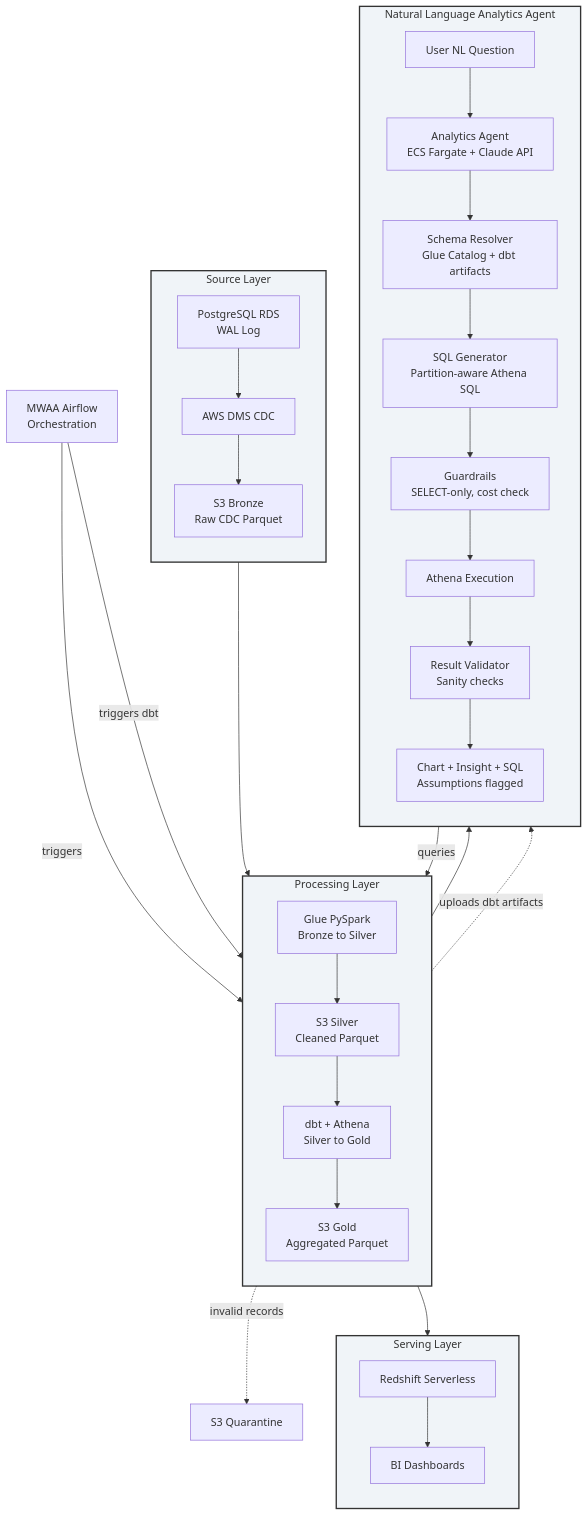
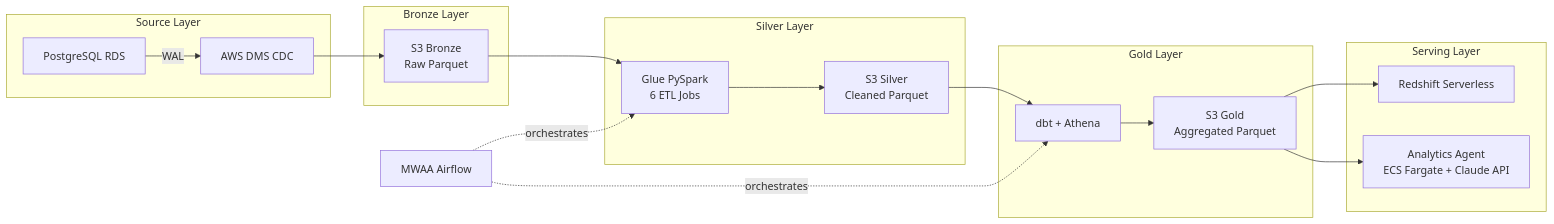
One commit to ChuquEmeka/ChuquEmeka changed the diagram in README.md. Above: the diagram before and after it, drawn with Mermaid. The commit also changed other lines of this file, not shown here.

````diff
--- a/README.md
+++ b/README.md
@@ -28,43 +91,28 @@
 ```mermaid
-flowchart TD
-    subgraph Source ["Source Layer"]
-        direction TB
-        Postgres[PostgreSQL RDS\nWAL Log] --> DMS[AWS DMS CDC]
-        DMS --> S3Raw[S3 Bronze\nRaw CDC Parquet]
+flowchart LR
+    subgraph Source["Source Layer"]
+        PG[PostgreSQL RDS] -->|WAL| DMS[AWS DMS CDC]
     end
 
-    subgraph Processing ["Processing Layer"]
-        direction TB
-        Glue[Glue PySpark\nBronze to Silver] --> Silver[S3 Silver\nCleaned Parquet]
-        Silver --> DBT[dbt + Athena\nSilver to Gold]
-        DBT --> Gold[S3 Gold\nAggregated Parquet]
+    subgraph Bronze["Bronze Layer"]
+        DMS --> S3B[S3 Bronze\nRaw Parquet]
     end
 
-    subgraph Serving ["Serving Layer"]
-        direction TB
-        Redshift[Redshift Serverless] --> BI[BI Dashboards]
+    subgraph Silver["Silver Layer"]
+        S3B --> Glue[Glue PySpark\n6 ETL Jobs]
+        Glue --> S3S[S3 Silver\nCleaned Parquet]
     end
 
-    subgraph Analytics ["Natural Language Analytics Agent"]
-        direction TB
-        NLQ[User NL Question] --> Agent[Analytics Agent\nECS Fargate + Claude API]
-        Agent --> SchemaRes[Schema Resolver\nGlue Catalog + dbt artifacts]
-        SchemaRes --> SQLGen[SQL Generator\nPartition-aware Athena SQL]
-        SQLGen --> Guardrails[Guardrails\nSELECT-only, cost check]
-        Guardrails --> Exec[Athena Execution]
-        Exec --> Validate[Result Validator\nSanity checks]
-        Validate --> Output[Chart + Insight + SQL\nAssumptions flagged]
+    subgraph Gold["Gold Layer"]
+        S3S --> DBT[dbt + Athena]
+        DBT --> S3G[S3 Gold\nAggregated Parquet]
     end
 
-    S3Raw --> Glue
-    MWAA[MWAA Airflow\nOrchestration] -->|triggers| Glue
-    MWAA -->|triggers dbt| DBT
-    Glue -.->|invalid records| Quarantine[S3 Quarantine]
-    Gold --> Redshift
-    Gold --> SchemaRes
-    Exec -->|queries| Gold
-    DBT -.->|uploads dbt artifacts| SchemaRes
+    subgraph Serving["Serving Layer"]
+        S3G --> RS[Redshift Serverless]
+        S3G --> Agent[Analytics Agent\nECS Fargate + Claude API]
+    end
 
-    classDef layer fill:#f0f4f8,stroke:#333,stroke-width:2px;
-    class Source,Processing,Serving,Analytics layer;
+    MWAA[MWAA Airflow] -.->|orchestrates| Glue
+    MWAA -.->|orchestrates| DBT
 ```
````
